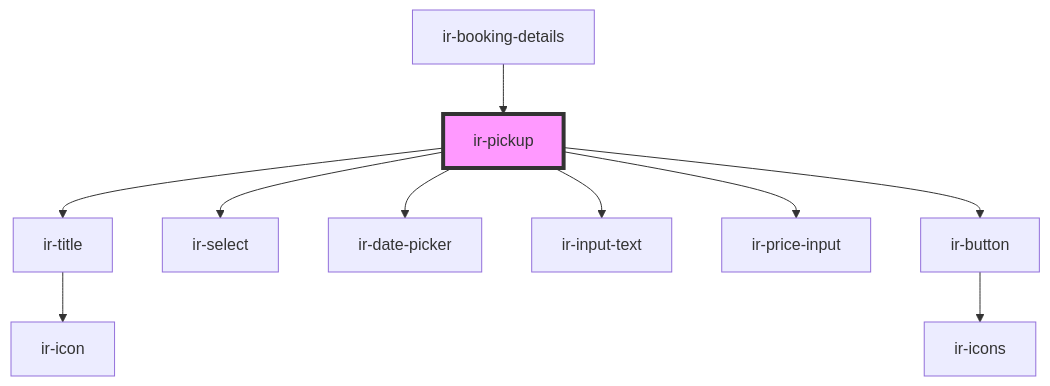
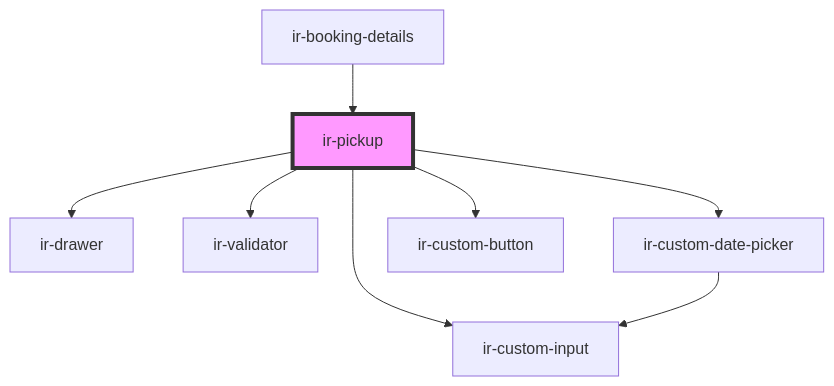
One commit to David1Chowaifaty/modified-ir-webcmp changed the diagram in src/components/ir-booking-details/ir-pickup/readme.md. Above: the diagram before and after it, drawn with Mermaid. The commit also changed other lines of this file and 69 other files, not shown here.

````diff
--- a/src/components/ir-booking-details/ir-pickup/readme.md
+++ b/src/components/ir-booking-details/ir-pickup/readme.md
@@ -42,13 +42,11 @@
 ```mermaid
 graph TD;
-  ir-pickup --> ir-title
-  ir-pickup --> ir-select
-  ir-pickup --> ir-date-picker
-  ir-pickup --> ir-input-text
-  ir-pickup --> ir-price-input
-  ir-pickup --> ir-button
-  ir-title --> ir-icon
-  ir-button --> ir-icons
+  ir-pickup --> ir-drawer
+  ir-pickup --> ir-validator
+  ir-pickup --> ir-custom-date-picker
+  ir-pickup --> ir-custom-input
+  ir-pickup --> ir-custom-button
+  ir-custom-date-picker --> ir-custom-input
   ir-booking-details --> ir-pickup
   style ir-pickup fill:#f9f,stroke:#333,stroke-width:4px
 ```
````
